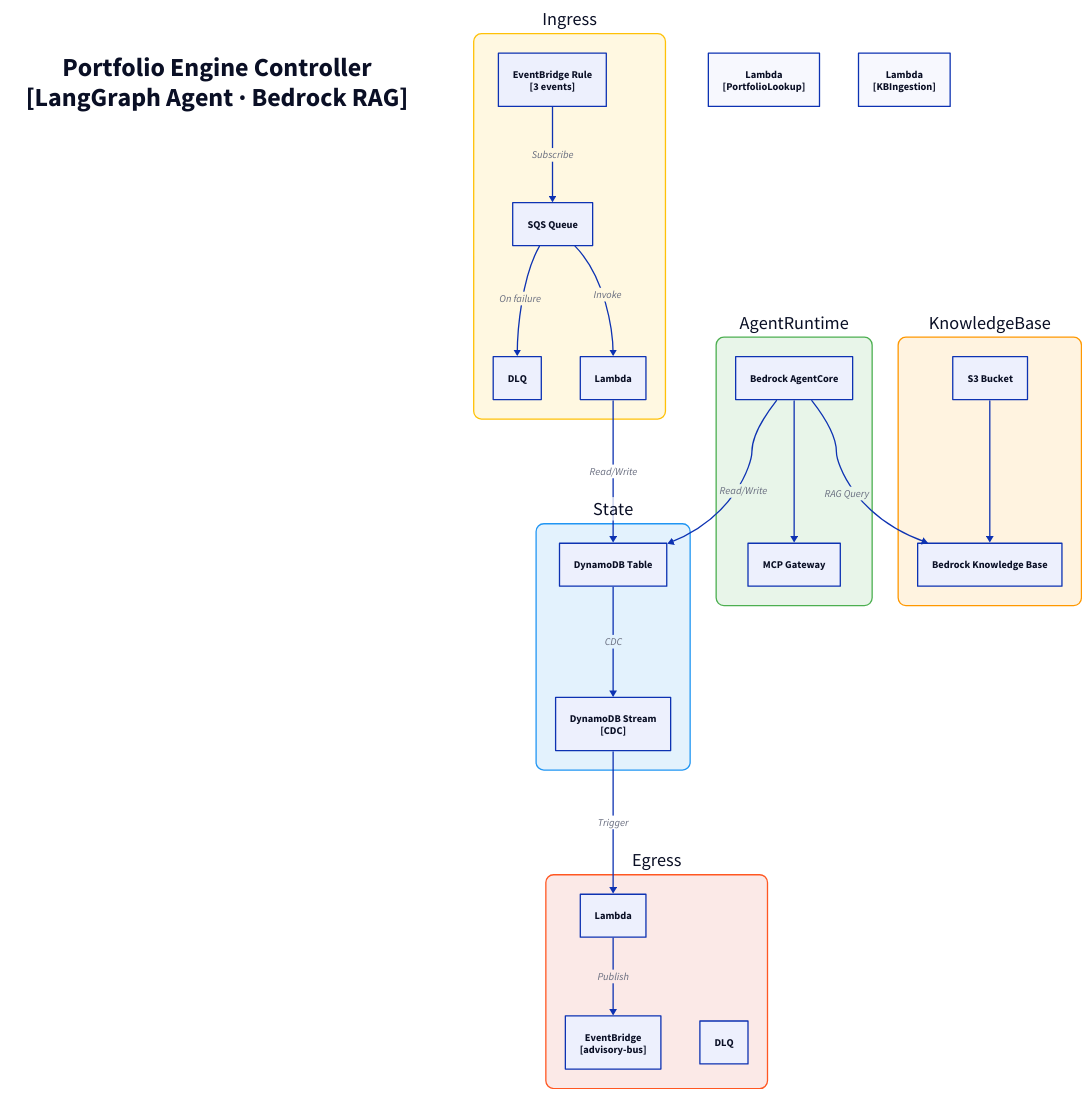
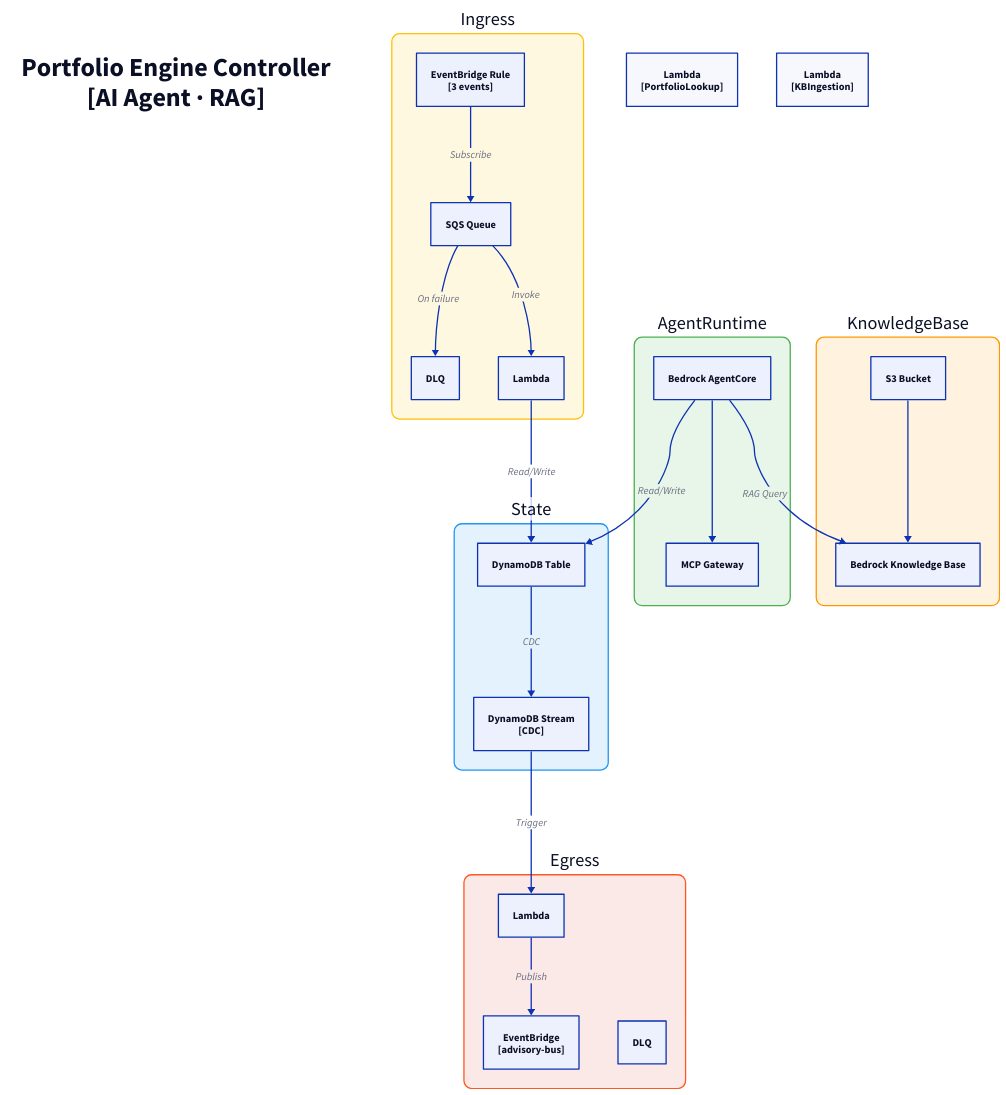
The diagram in docs/architecture/c3/portfolio-engine-ctrl.d2 (fabio-vitali/nestfolio), drawn with D2 before and after one commit. The commit also changed 32 other files, not shown here.

Commit message:
fix: c4 diagram fixes

```diff
--- a/docs/architecture/c3/portfolio-engine-ctrl.d2
+++ b/docs/architecture/c3/portfolio-engine-ctrl.d2
@@ -1,56 +1,56 @@
 direction: down
 
-title: "Portfolio Engine Controller\n[LangGraph Agent · Bedrock RAG]" {
+title: "Portfolio Engine Controller\n[AI Agent · RAG]" {
   style: { font-size: 40; bold: true; fill: transparent; stroke: transparent }
 }
 
 ingress: "Ingress" {
   style: { fill: "#FFF8E1"; stroke: "#FFC107"; border-radius: 12; font-size: 28 }
   rule: "EventBridge Rule\n[3 events]" { class: aws-eventbridge }
   sqs: "SQS Queue" { class: aws-sqs }
   dlq: "DLQ" { class: aws-dlq }
   handler: "Lambda" { class: aws-lambda }
 
   rule -> sqs: Subscribe
   sqs -> handler: Invoke
   sqs -> dlq: On failure
 }
 
 state: "State" {
   style: { fill: "#E3F2FD"; stroke: "#2196F3"; border-radius: 12; font-size: 28 }
   table: "DynamoDB Table" { class: aws-dynamodb }
   stream: "DynamoDB Stream\n[CDC]" { class: aws-ddb-stream }
   table -> stream: CDC
 }
 
 egress: "Egress" {
   style: { fill: "#FBE9E7"; stroke: "#FF5722"; border-radius: 12; font-size: 28 }
   processor: "Lambda" { class: aws-lambda }
   bus: "EventBridge\n[advisory-bus]" { class: aws-eventbridge }
   dlq: "DLQ" { class: aws-dlq }
 
   processor -> bus: Publish
 }
 
 agent-runtime: "AgentRuntime" {
   style: { fill: "#E8F5E9"; stroke: "#4CAF50"; border-radius: 12; font-size: 28 }
   runtime: "Bedrock AgentCore" { class: aws-bedrock }
   gateway: "MCP Gateway" { class: aws-lambda }
   runtime -> gateway
 }
 
 knowledge-base: "KnowledgeBase" {
   style: { fill: "#FFF3E0"; stroke: "#FF9800"; border-radius: 12; font-size: 28 }
   kb: "Bedrock Knowledge Base" { class: aws-bedrock }
   s3: "S3 Bucket" { class: aws-s3 }
   s3 -> kb
 }
 
 portfolio-lookup: "Lambda\n[PortfolioLookup]" { class: aws-lambda }
 kbingestion: "Lambda\n[KBIngestion]" { class: aws-lambda }
 
 # Flows
 ingress.handler -> state.table: Read/Write
 state.stream -> egress.processor: Trigger
 agent-runtime.runtime -> knowledge-base.kb: RAG Query
 agent-runtime.runtime -> state.table: Read/Write
```
